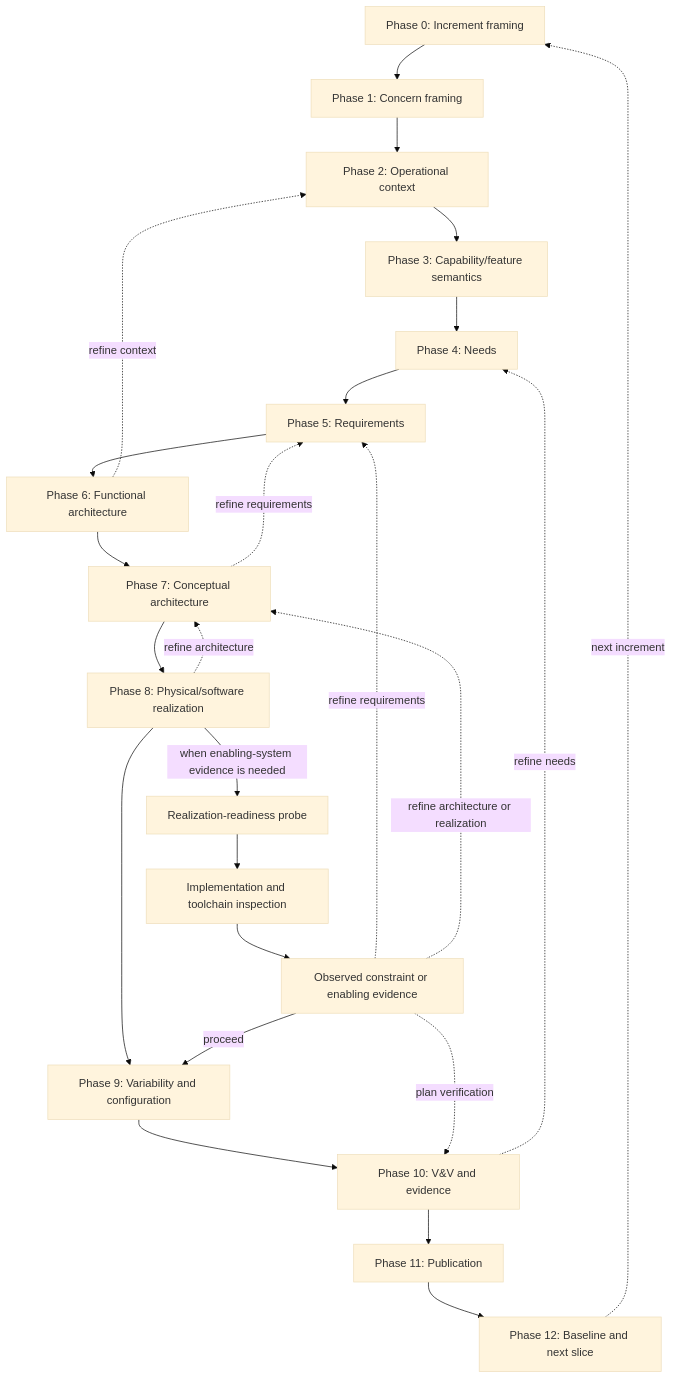
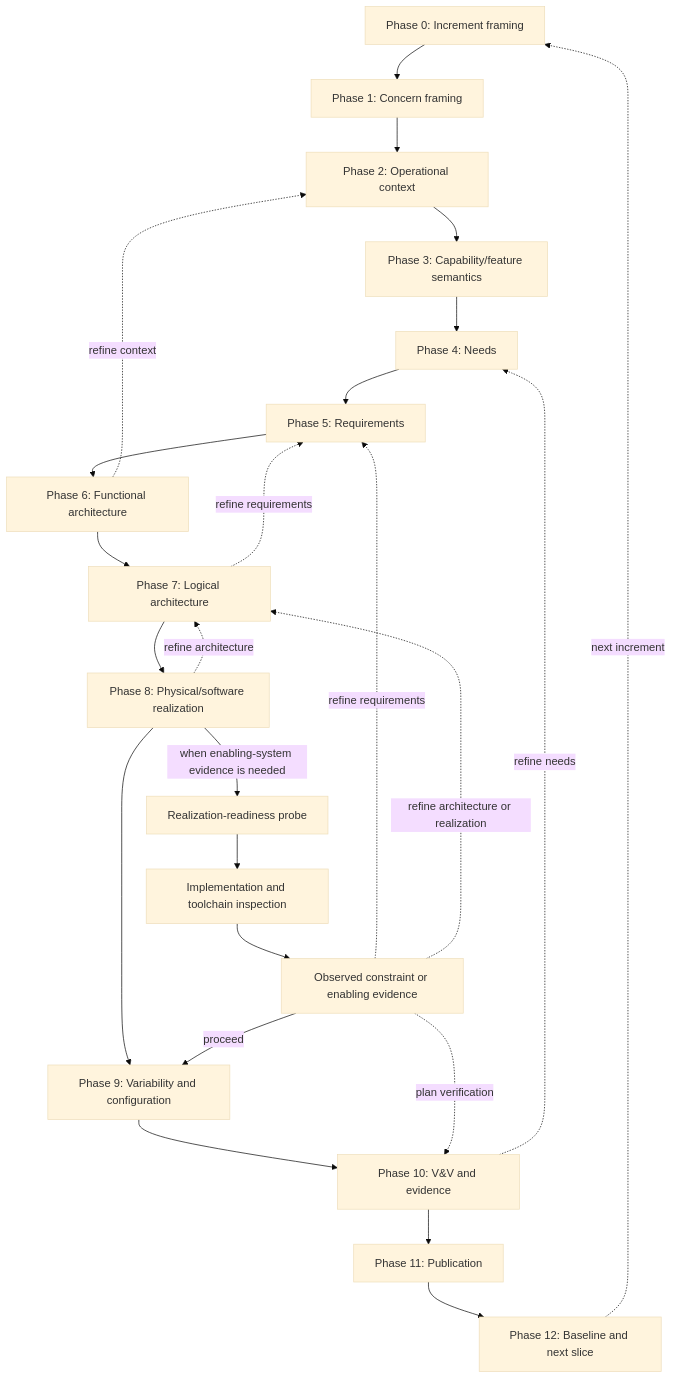
Before and after one commit to de4sdv/DE4SDV: the diagram in methodologies/sysmod-sysmlv2/process-mapping.md, drawn with Mermaid (base theme). The commit also changed other lines of this file and 48 other files, not shown here.

````diff
--- a/methodologies/sysmod-sysmlv2/process-mapping.md
+++ b/methodologies/sysmod-sysmlv2/process-mapping.md
@@ -65,34 +65,34 @@
 ```mermaid
 graph TD
     P0[Phase 0: Increment framing]
     P1[Phase 1: Concern framing]
     P2[Phase 2: Operational context]
     P3[Phase 3: Capability/feature semantics]
     P4[Phase 4: Needs]
     P5[Phase 5: Requirements]
     P6[Phase 6: Functional architecture]
-    P7[Phase 7: Conceptual architecture]
+    P7[Phase 7: Logical architecture]
     P8[Phase 8: Physical/software realization]
     P9[Phase 9: Variability and configuration]
     P10[Phase 10: V&V and evidence]
     P11[Phase 11: Publication]
     P12[Phase 12: Baseline and next slice]
 
     P0 --> P1 --> P2 --> P3 --> P4 --> P5
     P5 --> P6 --> P7 --> P8 --> P9 --> P10
     P10 --> P11 --> P12
     P12 -.->|"next increment"| P0
 
     P8 -->|"when enabling-system evidence is needed"| RP[Realization-readiness probe]
     RP --> RI[Implementation and toolchain inspection]
     RI --> RE[Observed constraint or enabling evidence]
     RE -->|"proceed"| P9
     RE -.->|"refine requirements"| P5
     RE -.->|"refine architecture or realization"| P7
     RE -.->|"plan verification"| P10
 
     P7 -.->|"refine requirements"| P5
     P8 -.->|"refine architecture"| P7
     P10 -.->|"refine needs"| P4
     P6 -.->|"refine context"| P2
 ```
````
